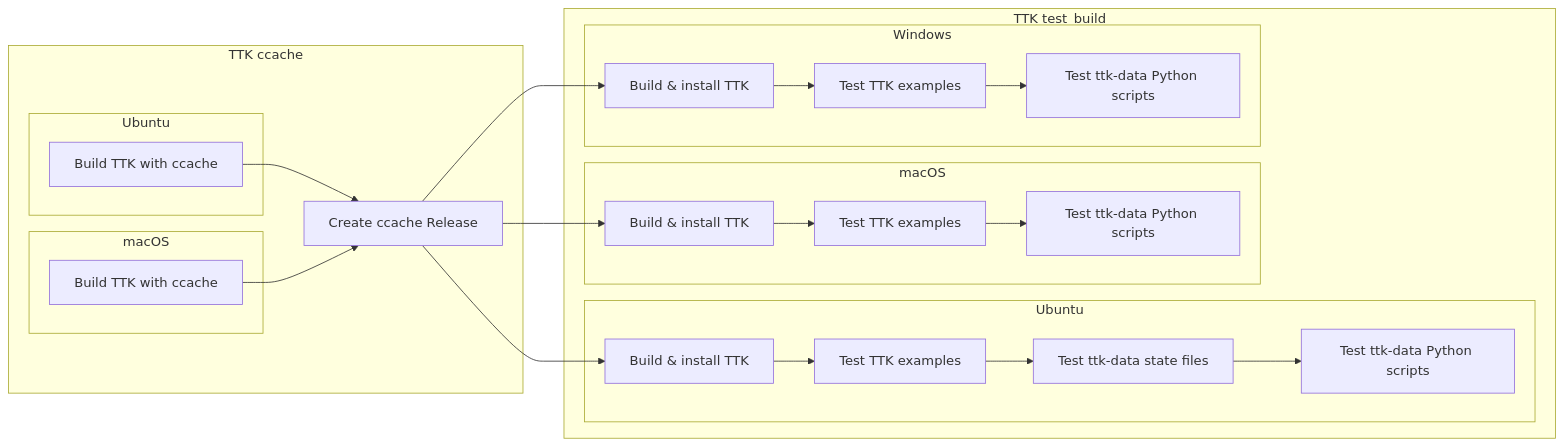
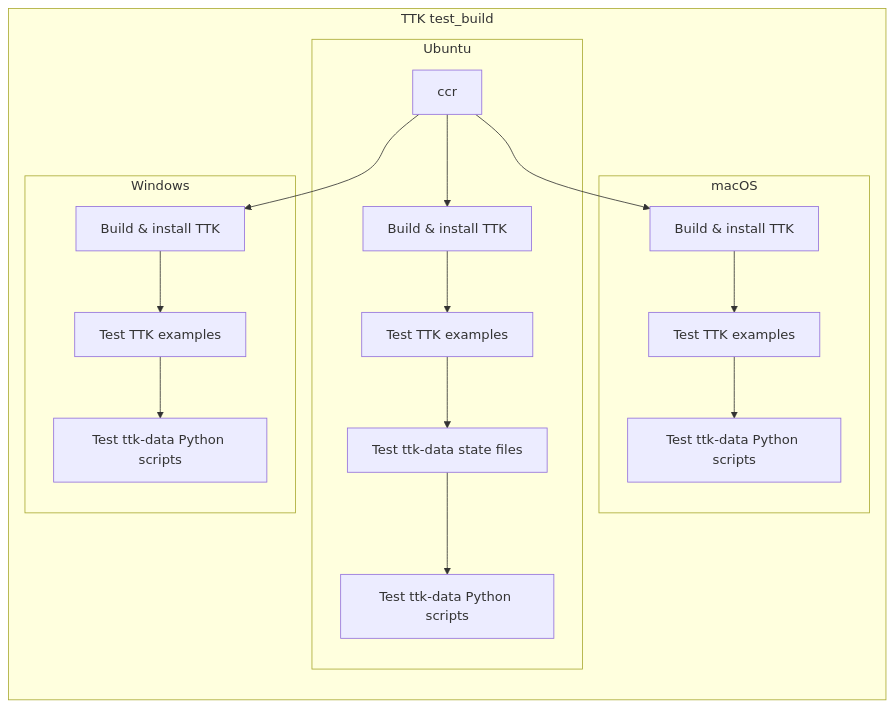
The sixth of 6 diagrams in .github/workflows/README.md (topology-tool-kit/ttk), drawn with Mermaid before and after one commit. The commit also changed other lines of this file and 1 other file, not shown here.

Commit message:
[GHActions] Remove ccache workflow file

````diff
--- a/.github/workflows/README.md
+++ b/.github/workflows/README.md
@@ -334,35 +321,24 @@
 ```mermaid
 graph LR
-    subgraph TTK ccache
-        subgraph cu [Ubuntu]
-            buc[Build TTK with ccache]
-        end
-        subgraph cm [macOS]
-            bmc[Build TTK with ccache]
-        end
-        ccr[Create ccache Release]
-        buc --> ccr
-        bmc --> ccr
-    end
     subgraph TTK test_build
         subgraph Ubuntu
             bu[Build & install TTK]
             teu[Test TTK examples]
             ts[Test ttk-data state files]
             tpyu[Test ttk-data Python scripts]
             ccr --> bu --> teu --> ts --> tpyu
         end
         subgraph macOS
             bm[Build & install TTK]
             tem[Test TTK examples]
             tpym[Test ttk-data Python scripts]
             ccr --> bm --> tem --> tpym
         end
         subgraph Windows
             bw[Build & install TTK]
             tew[Test TTK examples]
             tpyw[Test ttk-data Python scripts]
             ccr --> bw --> tew --> tpyw
         end
     end
 ```
````
